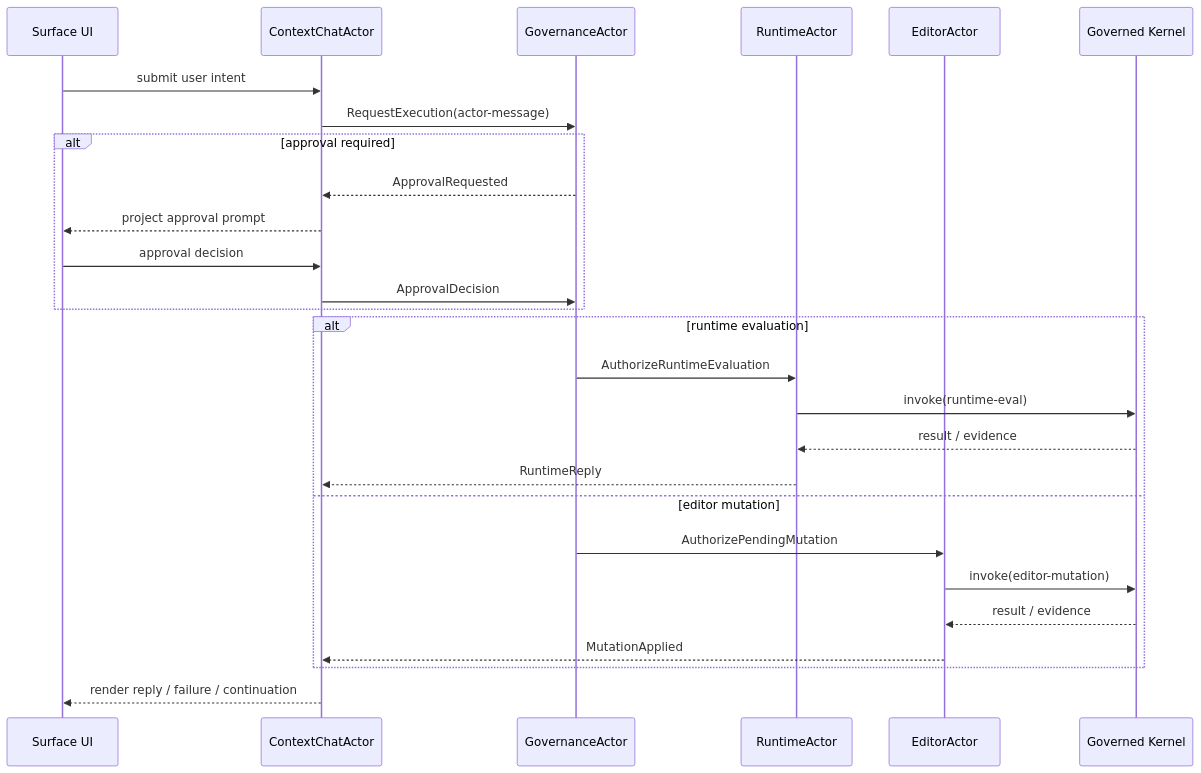
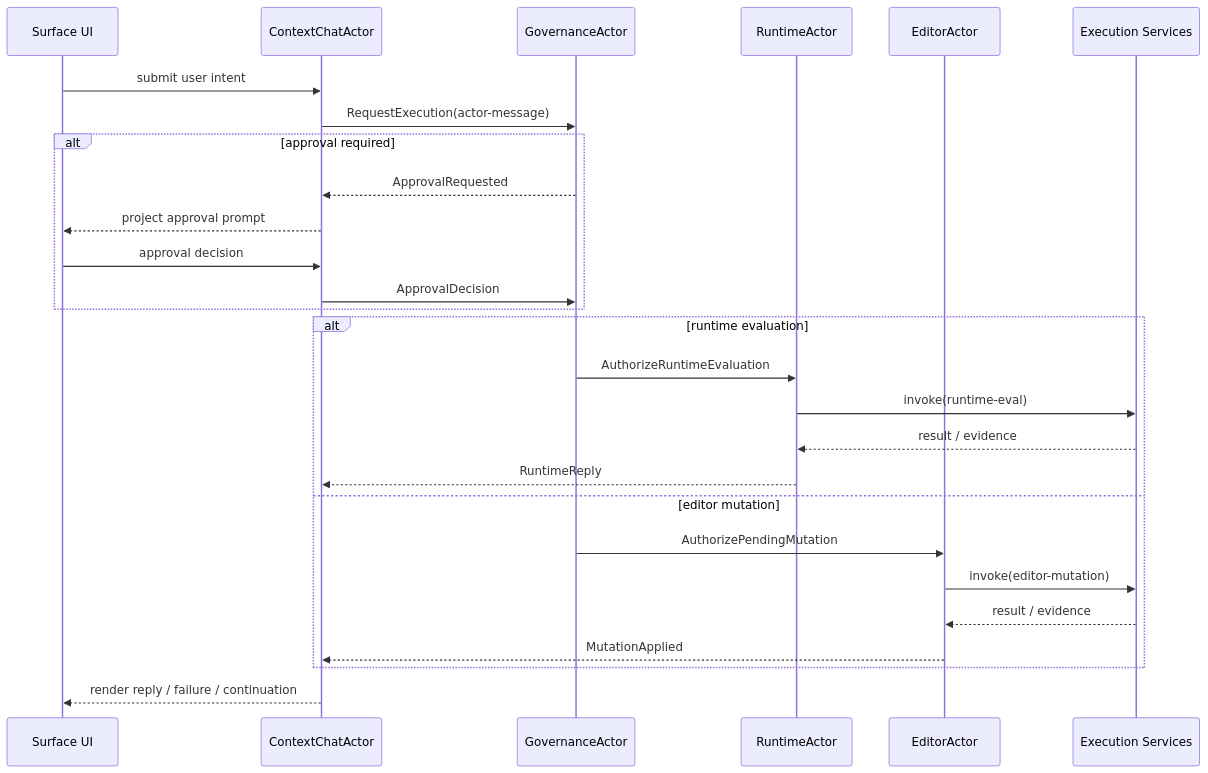
The fifth of 6 diagrams in docs/architecture.md (pauljbernard/sbcl-agent), drawn with Mermaid before and after one commit. The commit also changed other lines of this file and 124 other files, not shown here.

Commit message:
Refactor runtime around actor concurrency core

````diff
--- a/docs/architecture.md
+++ b/docs/architecture.md
@@ -238,33 +239,33 @@
 ```mermaid
 sequenceDiagram
     participant UI as Surface UI
     participant Chat as ContextChatActor
     participant Gov as GovernanceActor
     participant Runtime as RuntimeActor
     participant Editor as EditorActor
-    participant Kernel as Governed Kernel
+    participant Core as Execution Services
 
     UI->>Chat: submit user intent
     Chat->>Gov: RequestExecution(actor-message)
 
     alt approval required
         Gov-->>Chat: ApprovalRequested
         Chat-->>UI: project approval prompt
         UI->>Chat: approval decision
         Chat->>Gov: ApprovalDecision
     end
 
     alt runtime evaluation
         Gov->>Runtime: AuthorizeRuntimeEvaluation
-        Runtime->>Kernel: invoke(runtime-eval)
-        Kernel-->>Runtime: result / evidence
+        Runtime->>Core: invoke(runtime-eval)
+        Core-->>Runtime: result / evidence
         Runtime-->>Chat: RuntimeReply
     else editor mutation
         Gov->>Editor: AuthorizePendingMutation
-        Editor->>Kernel: invoke(editor-mutation)
-        Kernel-->>Editor: result / evidence
+        Editor->>Core: invoke(editor-mutation)
+        Core-->>Editor: result / evidence
         Editor-->>Chat: MutationApplied
     end
 
     Chat-->>UI: render reply / failure / continuation
 ```
````
